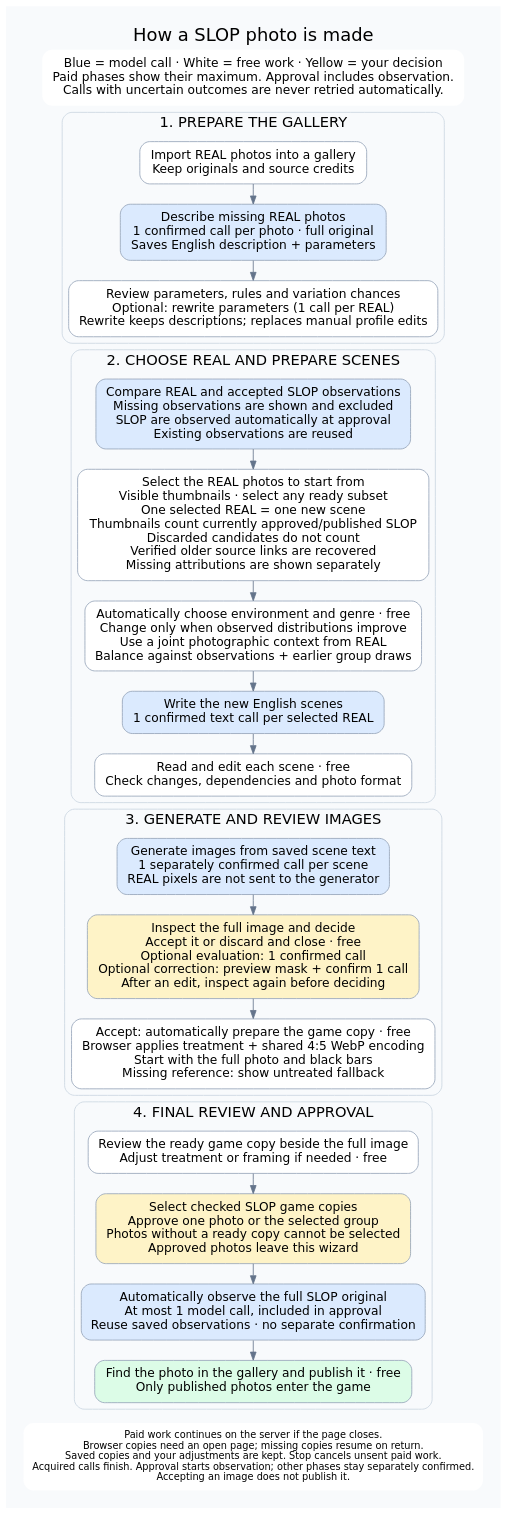
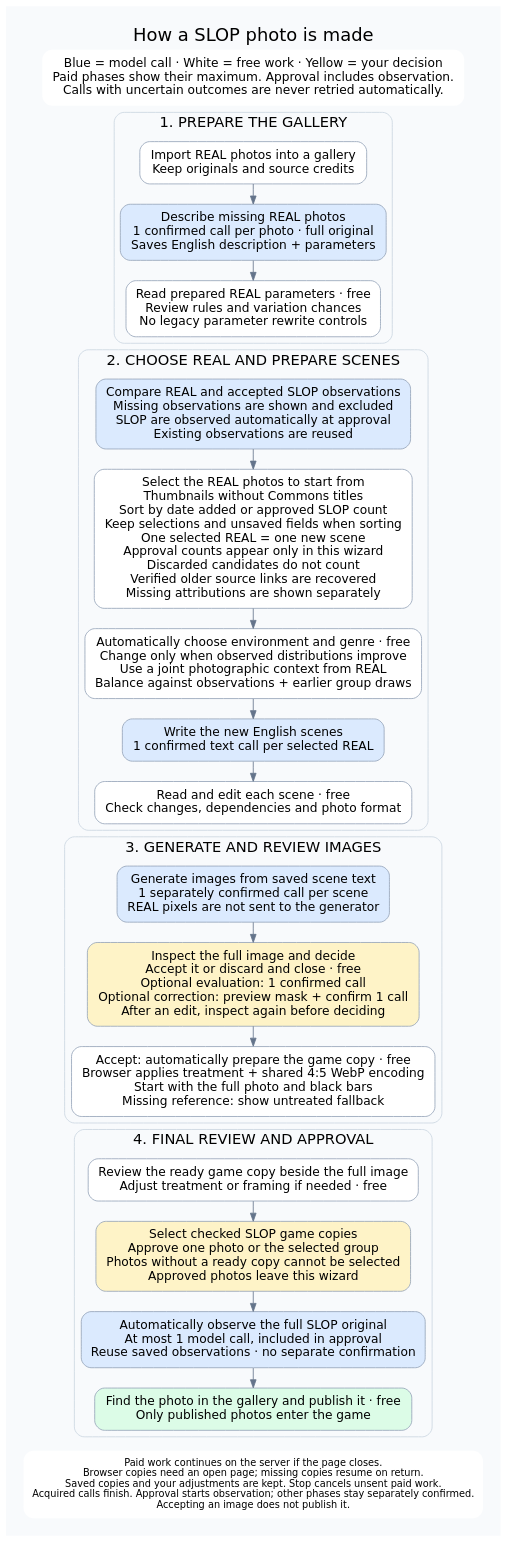
Before and after one commit to rickymusu-bit/real-or-slop: the diagram in docs/assets/pipeline-slop.dot, drawn with Graphviz. The commit also changed 17 other files, not shown here.

Commit message:
Simplify REAL selection and sort by date or approved SLOP

```diff
--- a/docs/assets/pipeline-slop.dot
+++ b/docs/assets/pipeline-slop.dot
@@ -1,40 +1,40 @@
 digraph pipeline {
  graph [rankdir=TB,bgcolor="#f8fafc",pad="0.3",nodesep="0.3",ranksep="0.35",fontname="DejaVu Sans",fontsize=22,label="How a SLOP photo is made",labelloc=t,compound=true];
  node [shape=box,style="rounded,filled",fillcolor=white,color="#94a3b8",fontname="DejaVu Sans",fontsize=15,margin="0.18,0.12"];
  edge [color="#64748b",fontname="DejaVu Sans",fontsize=12];
  legend [shape=plaintext,label="Blue = model call · White = free work · Yellow = your decision\nPaid phases show their maximum. Approval includes observation.\nCalls with uncertain outcomes are never retried automatically."];
  subgraph cluster_prepare {
   label="1. PREPARE THE GALLERY"; color="#cbd5e1"; style=rounded; fontsize=18;
   real [label="Import REAL photos into a gallery\nKeep originals and source credits"];
   describe [label="Describe missing REAL photos\n1 confirmed call per photo · full original\nSaves English description + parameters",fillcolor="#dbeafe"];
-  settings [label="Review parameters, rules and variation chances\nOptional: rewrite parameters (1 call per REAL)\nRewrite keeps descriptions; replaces manual profile edits"];
+  settings [label="Read prepared REAL parameters · free\nReview rules and variation chances\nNo legacy parameter rewrite controls"];
   real -> describe -> settings;
  }
  subgraph cluster_choose {
   label="2. CHOOSE REAL AND PREPARE SCENES";color="#cbd5e1";style=rounded;fontsize=18;
-  choose [label="Select the REAL photos to start from\nVisible thumbnails · select any ready subset\nOne selected REAL = one new scene\nThumbnails count currently approved/published SLOP\nDiscarded candidates do not count\nVerified older source links are recovered\nMissing attributions are shown separately"];
+  choose [label="Select the REAL photos to start from\nThumbnails without Commons titles\nSort by date added or approved SLOP count\nKeep selections and unsaved fields when sorting\nOne selected REAL = one new scene\nApproval counts appear only in this wizard\nDiscarded candidates do not count\nVerified older source links are recovered\nMissing attributions are shown separately"];
   coverage [label="Compare REAL and accepted SLOP observations\nMissing observations are shown and excluded\nSLOP are observed automatically at approval\nExisting observations are reused",fillcolor="#dbeafe"];
   draw [label="Automatically choose environment and genre · free\nChange only when observed distributions improve\nUse a joint photographic context from REAL\nBalance against observations + earlier group draws"];
   scene [label="Write the new English scenes\n1 confirmed text call per selected REAL",fillcolor="#dbeafe"];
   review [label="Read and edit each scene · free\nCheck changes, dependencies and photo format"];
   coverage -> choose -> draw -> scene -> review;
  }
  subgraph cluster_images {
   label="3. GENERATE AND REVIEW IMAGES";color="#cbd5e1";style=rounded;fontsize=18;
   generate [label="Generate images from saved scene text\n1 separately confirmed call per scene\nREAL pixels are not sent to the generator",fillcolor="#dbeafe"];
   inspect [label="Inspect the full image and decide\nAccept it or discard and close · free\nOptional evaluation: 1 confirmed call\nOptional correction: preview mask + confirm 1 call\nAfter an edit, inspect again before deciding",fillcolor="#fef3c7"];
   copy [label="Accept: automatically prepare the game copy · free\nBrowser applies treatment + shared 4:5 WebP encoding\nStart with the full photo and black bars\nMissing reference: show untreated fallback"] ;
   generate -> inspect -> copy;
 
  }
  subgraph cluster_finish {
   label="4. FINAL REVIEW AND APPROVAL";color="#cbd5e1";style=rounded;fontsize=18;
   final_review [label="Review the ready game copy beside the full image\nAdjust treatment or framing if needed · free"];
   approve [label="Select checked SLOP game copies\nApprove one photo or the selected group\nPhotos without a ready copy cannot be selected\nApproved photos leave this wizard",fillcolor="#fef3c7"];
   observe [label="Automatically observe the full SLOP original\nAt most 1 model call, included in approval\nReuse saved observations · no separate confirmation",fillcolor="#dbeafe"];
   publish [label="Find the photo in the gallery and publish it · free\nOnly published photos enter the game",fillcolor="#dcfce7"];
   final_review -> approve -> observe -> publish;
  }
  notes [shape=plaintext,fontsize=12,label="Paid work continues on the server if the page closes.\nBrowser copies need an open page; missing copies resume on return.\nSaved copies and your adjustments are kept. Stop cancels unsent paid work.\nAcquired calls finish. Approval starts observation; other phases stay separately confirmed.\nAccepting an image does not publish it."];
  legend -> real [style=invis];settings -> coverage [style=invis];review -> generate [style=invis];copy -> final_review [style=invis];publish -> notes [style=invis];
 }
```
